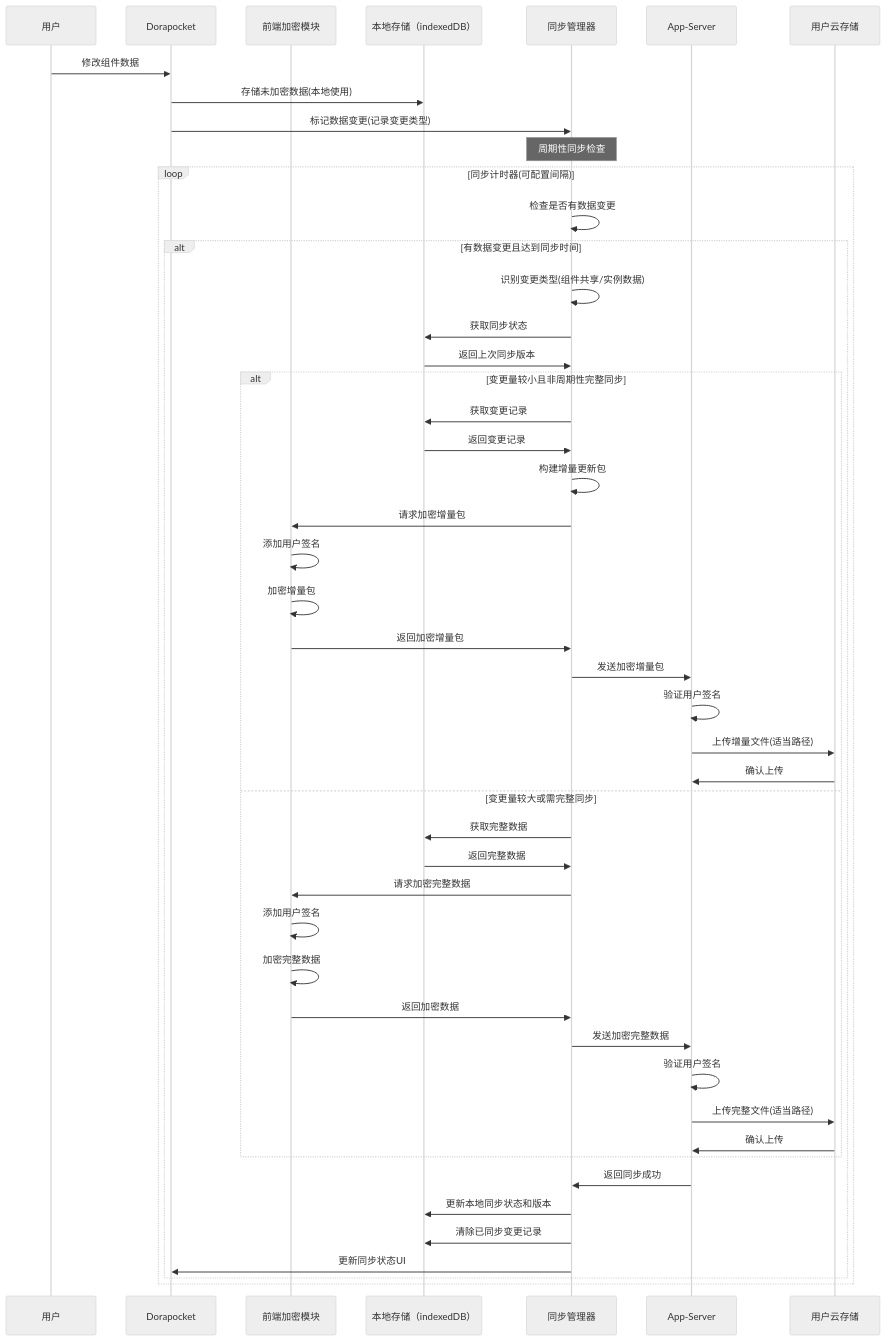
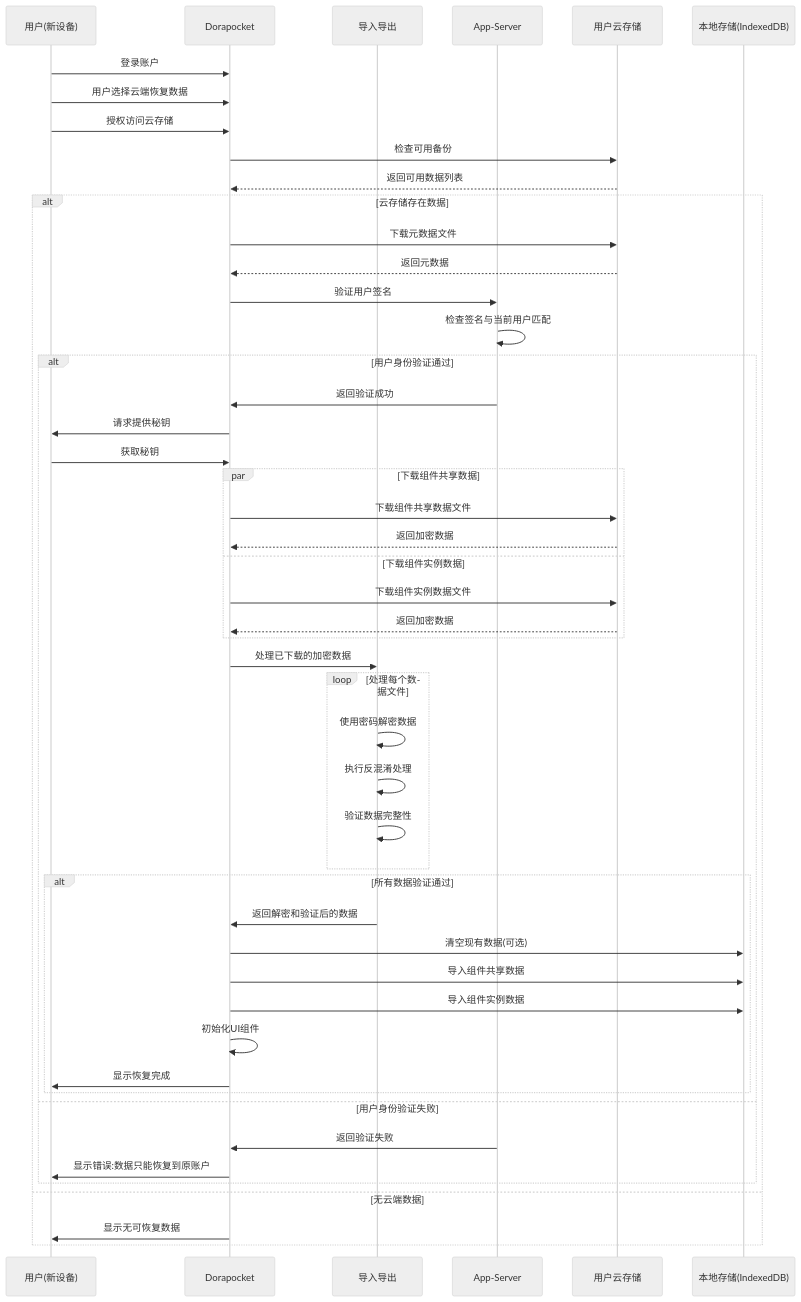
The diagram in all/未命名-37.md (yingjianzh/iodraw-files), drawn with Mermaid (neutral theme) before and after one commit.

Commit message:
2025-04-18 16:13:29 update

````diff
--- a/all/未命名-37.md
+++ b/all/未命名-37.md
@@ -1,58 +1,65 @@
 ```mermaid
 
 sequenceDiagram
-    participant User as 用户
-    participant Frontend as Dorapocket
-    participant CryptoM as 前端加密模块
-    participant LocalDB as 本地存储（indexedDB）
-    participant SyncM as 同步管理器
+    participant User as 用户(新设备)
+    participant App as Dorapocket
+    participant Security as 导入导出
     participant AppServer as App-Server
     participant UserCloud as 用户云存储
+    participant LocalDB as 本地存储(IndexedDB)
     
-    User->>Frontend: 修改组件数据
-    Frontend->>LocalDB: 存储未加密数据(本地使用)
-    Frontend->>SyncM: 标记数据变更(记录变更类型)
+    User->>App: 登录账户
+    User->>App: 用户选择云端恢复数据
+    User->>App: 授权访问云存储
     
-    note over SyncM: 周期性同步检查
+    App->>UserCloud: 检查可用备份
+    UserCloud-->>App: 返回可用数据列表
     
-    loop 同步计时器(可配置间隔)
-        SyncM->>SyncM: 检查是否有数据变更
+    alt 云存储存在数据
         
-        alt 有数据变更且达到同步时间
-            SyncM->>SyncM: 识别变更类型(组件共享/实例数据)
-            SyncM->>LocalDB: 获取同步状态
-            LocalDB->>SyncM: 返回上次同步版本
+        App->>UserCloud: 下载元数据文件
+        UserCloud-->>App: 返回元数据
+        
+        App->>AppServer: 验证用户签名
+        AppServer->>AppServer: 检查签名与当前用户匹配
+        
+        alt 用户身份验证通过
+            AppServer->>App: 返回验证成功
             
-            alt 变更量较小且非周期性完整同步
-                SyncM->>LocalDB: 获取变更记录
-                LocalDB->>SyncM: 返回变更记录
-                SyncM->>SyncM: 构建增量更新包
-                SyncM->>CryptoM: 请求加密增量包
-                CryptoM->>CryptoM: 添加用户签名
-                CryptoM->>CryptoM: 加密增量包
-                CryptoM->>SyncM: 返回加密增量包
-                SyncM->>AppServer: 发送加密增量包
-                AppServer->>AppServer: 验证用户签名
-                AppServer->>UserCloud: 上传增量文件(适当路径)
-                UserCloud->>AppServer: 确认上传
-            else 变更量较大或需完整同步
-                SyncM->>LocalDB: 获取完整数据
-                LocalDB->>SyncM: 返回完整数据
-                SyncM->>CryptoM: 请求加密完整数据
-                CryptoM->>CryptoM: 添加用户签名
-                CryptoM->>CryptoM: 加密完整数据
-                CryptoM->>SyncM: 返回加密数据
-                SyncM->>AppServer: 发送加密完整数据
-                AppServer->>AppServer: 验证用户签名
-                AppServer->>UserCloud: 上传完整文件(适当路径)
-                UserCloud->>AppServer: 确认上传
+            App->>User: 请求提供秘钥
+            User->>App: 获取秘钥
+            
+            par 下载组件共享数据
+                App->>UserCloud: 下载组件共享数据文件
+                UserCloud-->>App: 返回加密数据
+            and 下载组件实例数据
+                App->>UserCloud: 下载组件实例数据文件
+                UserCloud-->>App: 返回加密数据
             end
             
-            AppServer->>SyncM: 返回同步成功
-            SyncM->>LocalDB: 更新本地同步状态和版本
-            SyncM->>LocalDB: 清除已同步变更记录
-            SyncM->>Frontend: 更新同步状态UI
+            App->>Security: 处理已下载的加密数据
+            loop 处理每个数据文件
+                Security->>Security: 使用密码解密数据
+                Security->>Security: 执行反混淆处理
+                Security->>Security: 验证数据完整性
+            end
+            
+            alt 所有数据验证通过
+                Security->>App: 返回解密和验证后的数据
+                
+                App->>LocalDB: 清空现有数据(可选)
+                App->>LocalDB: 导入组件共享数据
+                App->>LocalDB: 导入组件实例数据
+                
+                App->>App: 初始化UI组件
+                App->>User: 显示恢复完成
+            end
+        else 用户身份验证失败
+            AppServer->>App: 返回验证失败
+            App->>User: 显示错误:数据只能恢复到原账户
         end
+    else 无云端数据
+        App->>User: 显示无可恢复数据
     end
 
 ```
````
